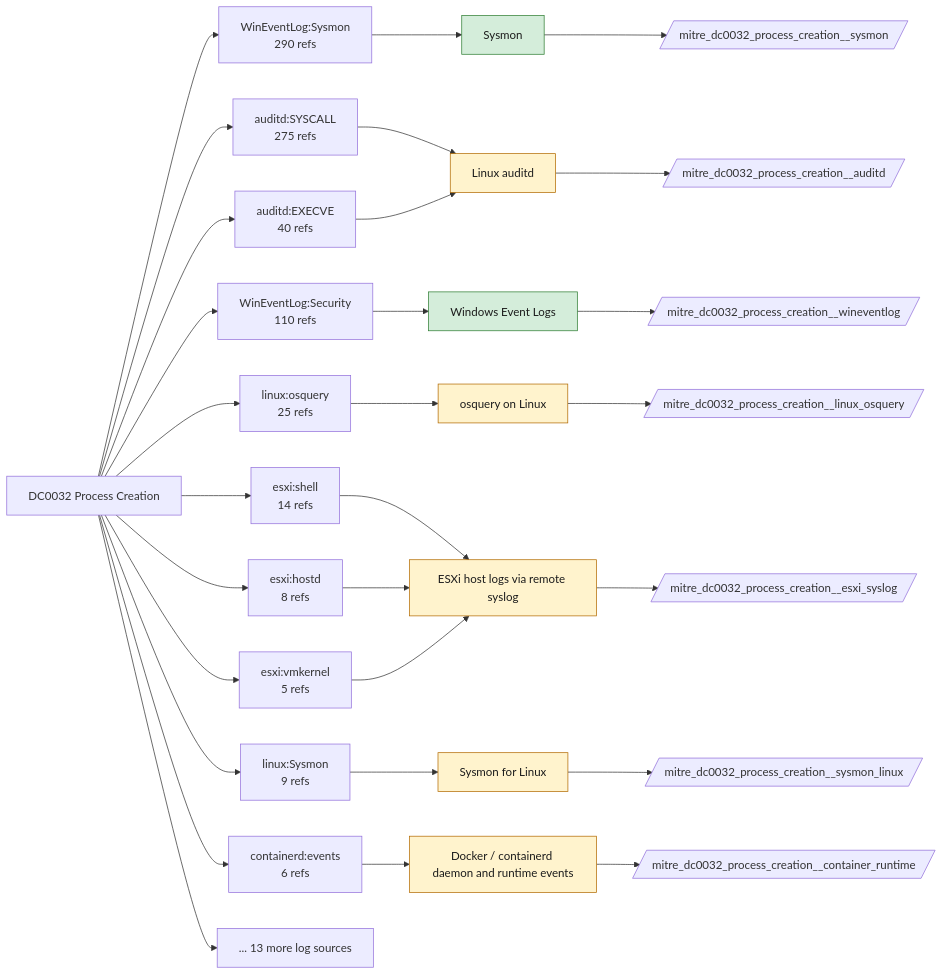
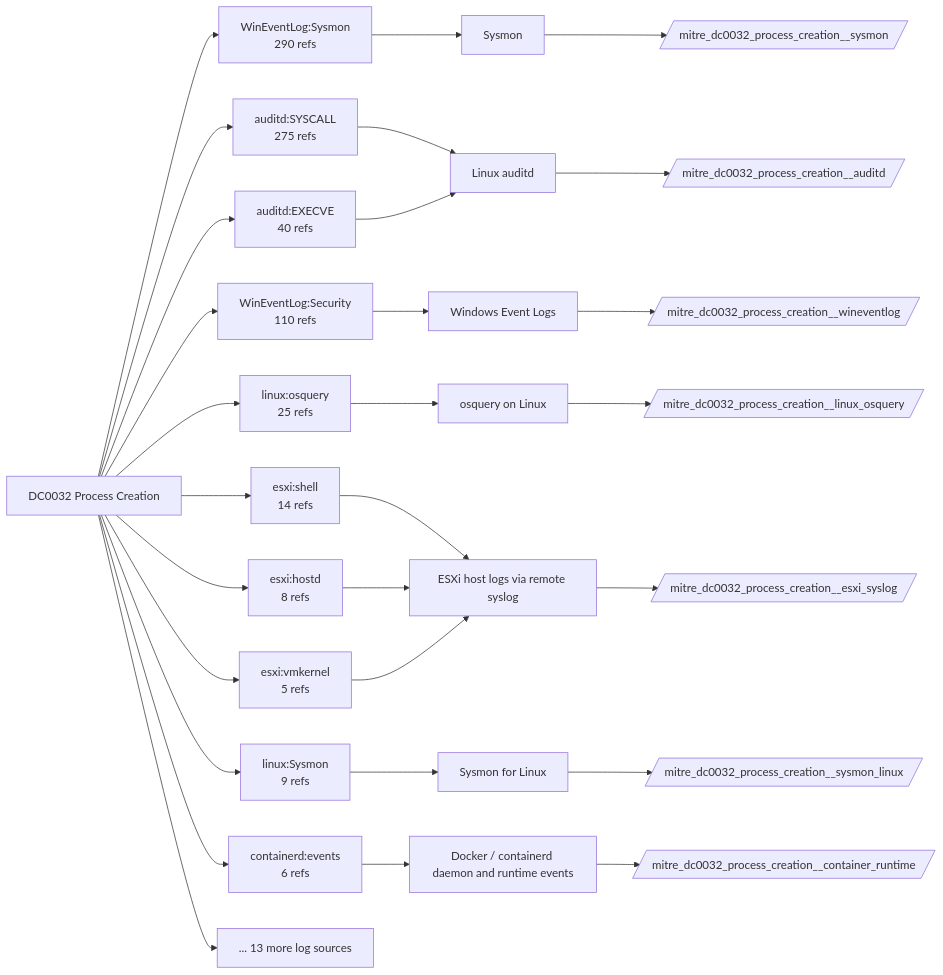
One commit to dev-nobytes-io/mitre-defensive-mappings-spl changed the diagram in docs/data-components/DC0032-process-creation.md. Above: the diagram before and after it, drawn with Mermaid. The commit also changed other lines of this file and 366 other files, not shown here.

````diff
--- a/docs/data-components/DC0032-process-creation.md
+++ b/docs/data-components/DC0032-process-creation.md
@@ -19,48 +19,39 @@
 ```mermaid
 flowchart LR
   DC["DC0032 Process Creation"]
   DC --> LS0["WinEventLog:Sysmon<br/>290 refs"]
   F_sysmon["Sysmon"]
   LS0 --> F_sysmon
   DC --> LS1["auditd:SYSCALL<br/>275 refs"]
   F_auditd["Linux auditd"]
   LS1 --> F_auditd
   DC --> LS2["WinEventLog:Security<br/>110 refs"]
   F_wineventlog["Windows Event Logs"]
   LS2 --> F_wineventlog
   DC --> LS3["auditd:EXECVE<br/>40 refs"]
   LS3 --> F_auditd
   DC --> LS4["linux:osquery<br/>25 refs"]
   F_linux_osquery["osquery on Linux"]
   LS4 --> F_linux_osquery
   DC --> LS5["esxi:shell<br/>14 refs"]
   F_esxi_syslog["ESXi host logs via remote syslog"]
   LS5 --> F_esxi_syslog
   DC --> LS6["linux:Sysmon<br/>9 refs"]
   F_sysmon_linux["Sysmon for Linux"]
   LS6 --> F_sysmon_linux
   DC --> LS7["esxi:hostd<br/>8 refs"]
   LS7 --> F_esxi_syslog
   DC --> LS8["containerd:events<br/>6 refs"]
   F_container_runtime["Docker / containerd daemon and runtime events"]
   LS8 --> F_container_runtime
   DC --> LS9["esxi:vmkernel<br/>5 refs"]
   LS9 --> F_esxi_syslog
   DC --> MORE["... 13 more log sources"]
+  F_auditd --> ET_auditd[/"mitre_dc0032_process_creation__auditd"/]
+  F_container_runtime --> ET_container_runtime[/"mitre_dc0032_process_creation__container_runtime"/]
+  F_esxi_syslog --> ET_esxi_syslog[/"mitre_dc0032_process_creation__esxi_syslog"/]
+  F_linux_osquery --> ET_linux_osquery[/"mitre_dc0032_process_creation__linux_osquery"/]
   F_sysmon --> ET_sysmon[/"mitre_dc0032_process_creation__sysmon"/]
-  class F_sysmon live
+  F_sysmon_linux --> ET_sysmon_linux[/"mitre_dc0032_process_creation__sysmon_linux"/]
   F_wineventlog --> ET_wineventlog[/"mitre_dc0032_process_creation__wineventlog"/]
-  class F_wineventlog live
-  F_auditd --> ET_auditd[/"mitre_dc0032_process_creation__auditd"/]
-  class F_auditd ready
-  F_container_runtime --> ET_container_runtime[/"mitre_dc0032_process_creation__container_runtime"/]
-  class F_container_runtime ready
-  F_esxi_syslog --> ET_esxi_syslog[/"mitre_dc0032_process_creation__esxi_syslog"/]
-  class F_esxi_syslog ready
-  F_linux_osquery --> ET_linux_osquery[/"mitre_dc0032_process_creation__linux_osquery"/]
-  class F_linux_osquery ready
-  F_sysmon_linux --> ET_sysmon_linux[/"mitre_dc0032_process_creation__sysmon_linux"/]
-  class F_sysmon_linux ready
-  classDef live fill:#d4edda,stroke:#2e7d32,color:#1b1b1b
-  classDef ready fill:#fff3cd,stroke:#b26a00,color:#1b1b1b
 ```
````
